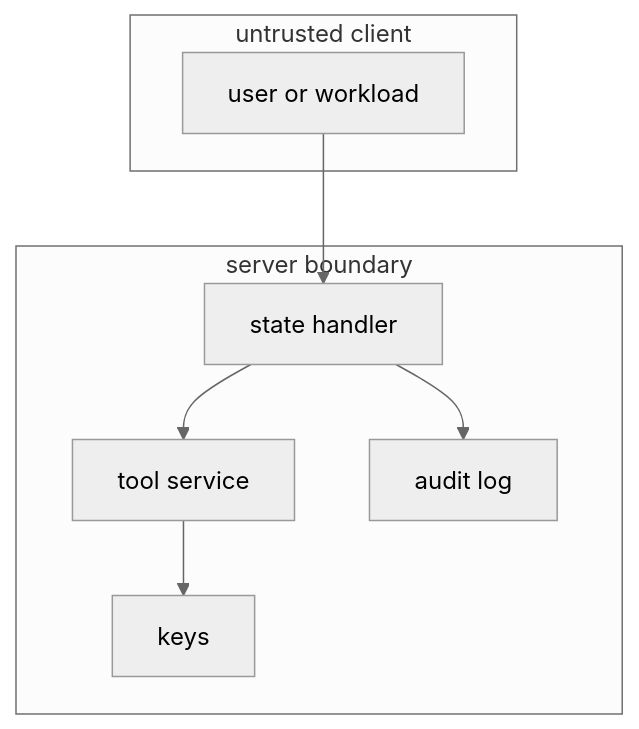
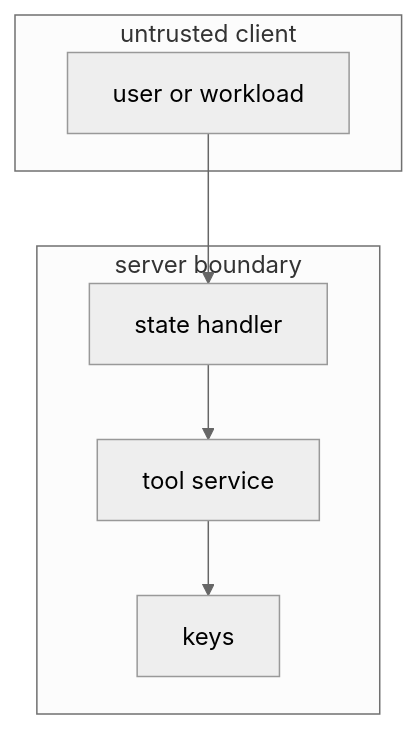
Before and after one commit to OpenDustpan/OpenDustpan: the second of 2 diagrams in openspec/changes/39-reading-state-contents/design.md, drawn with Mermaid (neutral theme). The commit also changed other lines of this file and 8 other files, not shown here.

````diff
--- a/openspec/changes/39-reading-state-contents/design.md
+++ b/openspec/changes/39-reading-state-contents/design.md
@@ -60,14 +56,12 @@
 ```mermaid
 flowchart TB
 subgraph client[untrusted client]
 C[user or workload]
 end
 subgraph server[server boundary]
 H[state handler]
 S[tool service]
 K[keys]
-A[audit log]
 end
 C-->H-->S-->K
-H-->A
 ```
````
